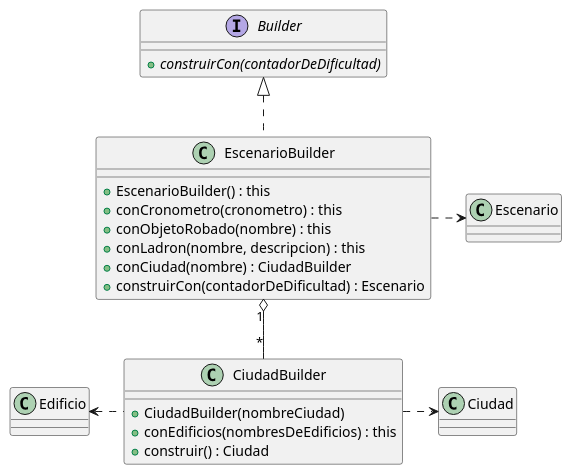
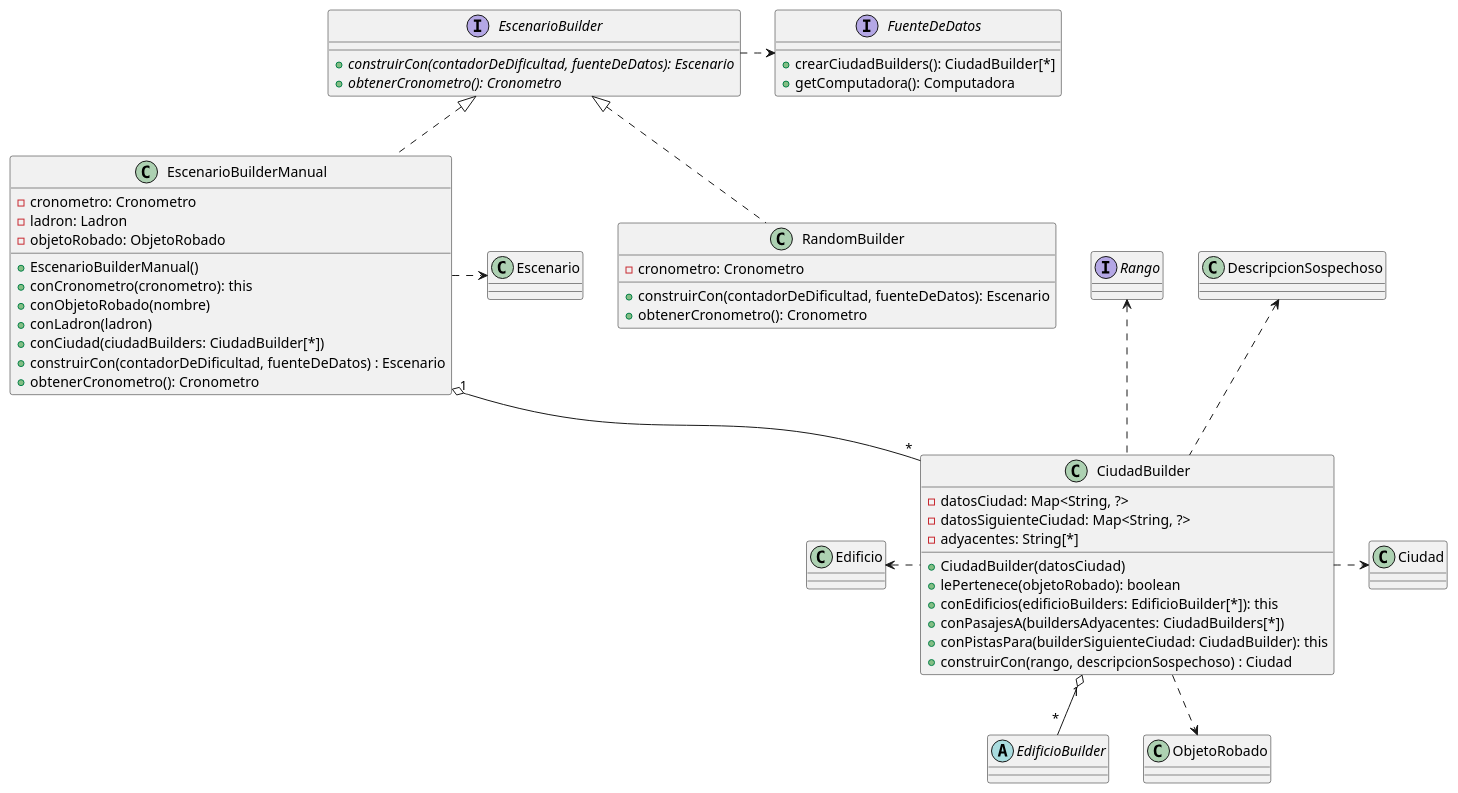
The diagram in diagrams/classes/clase_builder.plantuml (MegaRedHand/algo-thief), drawn with PlantUML before and after one commit. The commit also changed 37 other files, not shown here.

Commit message:
docs: actualizo los diagramas de clase

```diff
--- a/diagrams/classes/clase_builder.plantuml
+++ b/diagrams/classes/clase_builder.plantuml
@@ -1,27 +1,56 @@
 @startuml
 
-interface Builder {
-    + {abstract} construirCon(contadorDeDificultad)
+interface EscenarioBuilder {
+    + {abstract} construirCon(contadorDeDificultad, fuenteDeDatos): Escenario
+    + {abstract} obtenerCronometro(): Cronometro
 }
 
-class EscenarioBuilder implements Builder {
-    + EscenarioBuilder() : this
-    + conCronometro(cronometro) : this
-    + conObjetoRobado(nombre) : this
-    + conLadron(nombre, descripcion) : this
-    + conCiudad(nombre) : CiudadBuilder
-    + construirCon(contadorDeDificultad) : Escenario
+class RandomBuilder implements EscenarioBuilder {
+    - cronometro: Cronometro
+    + construirCon(contadorDeDificultad, fuenteDeDatos): Escenario
+    + obtenerCronometro(): Cronometro
+}
+
+class EscenarioBuilderManual implements EscenarioBuilder {
+    - cronometro: Cronometro
+    - ladron: Ladron
+    - objetoRobado: ObjetoRobado
+    + EscenarioBuilderManual()
+    + conCronometro(cronometro): this
+    + conObjetoRobado(nombre)
+    + conLadron(ladron)
+    + conCiudad(ciudadBuilders: CiudadBuilder[*])
+    + construirCon(contadorDeDificultad, fuenteDeDatos) : Escenario
+    + obtenerCronometro(): Cronometro
 }
 
 class CiudadBuilder {
-    + CiudadBuilder(nombreCiudad)
-    + conEdificios(nombresDeEdificios) : this
-    + construir() : Ciudad
+    - datosCiudad: Map<String, ?>
+    - datosSiguienteCiudad: Map<String, ?>
+    - adyacentes: String[*]
+    + CiudadBuilder(datosCiudad)
+    + lePertenece(objetoRobado): boolean
+    + conEdificios(edificioBuilders: EdificioBuilder[*]): this
+    + conPasajesA(buildersAdyacentes: CiudadBuilders[*])
+    + conPistasPara(builderSiguienteCiudad: CiudadBuilder): this
+    + construirCon(rango, descripcionSospechoso) : Ciudad
 }
 
-EscenarioBuilder "1" o-- "*" CiudadBuilder
-EscenarioBuilder .> Escenario
+interface FuenteDeDatos {
+    + crearCiudadBuilders(): CiudadBuilder[*]
+    + getComputadora(): Computadora
+}
+interface Rango
+abstract class EdificioBuilder
+
+EscenarioBuilder .> FuenteDeDatos
+EscenarioBuilderManual "1" o-- "*" CiudadBuilder
+EscenarioBuilderManual .> Escenario
 CiudadBuilder .> Ciudad
+CiudadBuilder ..> ObjetoRobado
 Edificio <. CiudadBuilder
+Rango <.. CiudadBuilder
+DescripcionSospechoso <.. CiudadBuilder
+CiudadBuilder "1" o-- "*" EdificioBuilder
 
 @enduml
```
